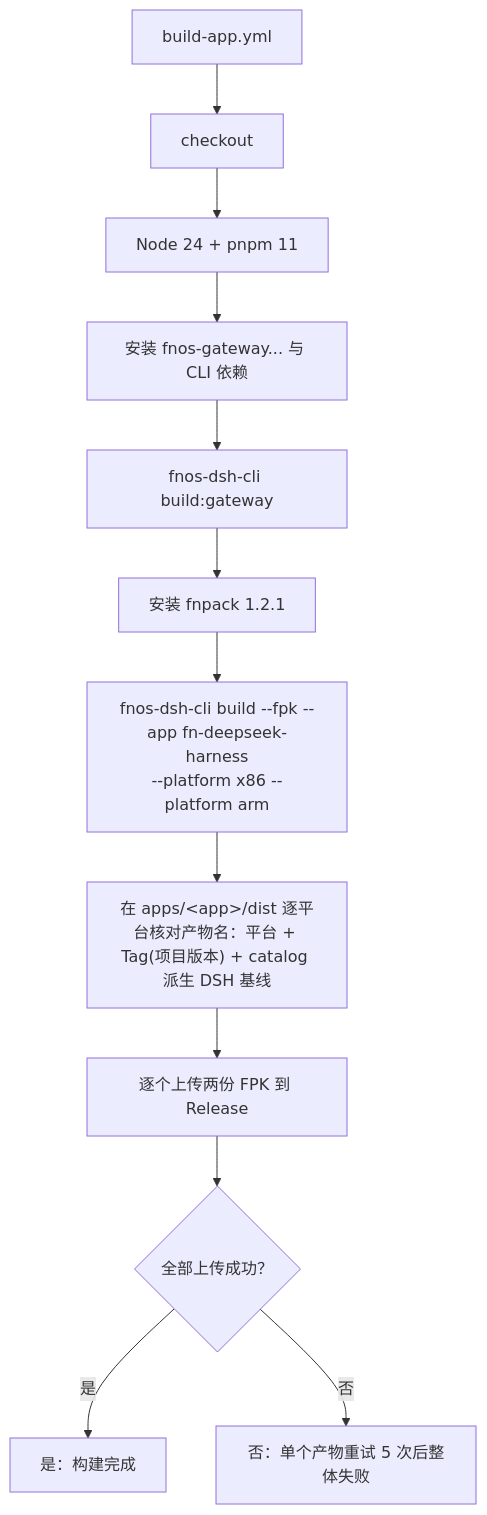
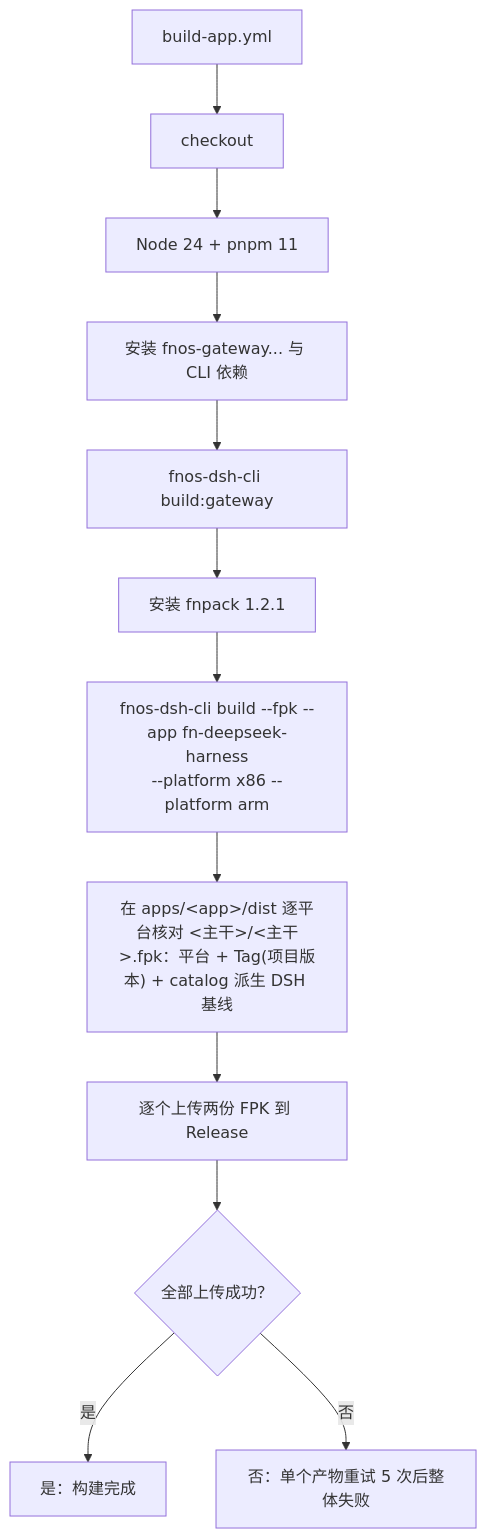
The third of 4 diagrams in docs/development/github-workflows.md (FNOSP/fnos-dsh), drawn with Mermaid before and after one commit. The commit also changed other lines of this file and 16 other files, not shown here.

````diff
--- a/docs/development/github-workflows.md
+++ b/docs/development/github-workflows.md
@@ -91,20 +91,20 @@
 ```mermaid
 flowchart TD
   workflow["build-app.yml"]
   checkout["checkout"]
   tooling["Node 24 + pnpm 11"]
   install["安装 fnos-gateway... 与 CLI 依赖"]
   gateway["fnos-dsh-cli build:gateway"]
   fnpack["安装 fnpack 1.2.1"]
   build["fnos-dsh-cli build --fpk --app fn-deepseek-harness<br/>--platform x86 --platform arm"]
-  rename["在 apps/&lt;app&gt;/dist 逐平台核对产物名：平台 + Tag(项目版本) + catalog 派生 DSH 基线"]
+  rename["在 apps/&lt;app&gt;/dist 逐平台核对 &lt;主干&gt;/&lt;主干&gt;.fpk：平台 + Tag(项目版本) + catalog 派生 DSH 基线"]
   upload["逐个上传两份 FPK 到 Release"]
   status{"全部上传成功？"}
   done["是：构建完成"]
   uploadFail["否：单个产物重试 5 次后整体失败"]
 
   workflow --> checkout --> tooling --> install --> gateway --> fnpack
   fnpack --> build --> rename --> upload --> status
   status -->|是| done
   status -->|否| uploadFail
 ```
````
